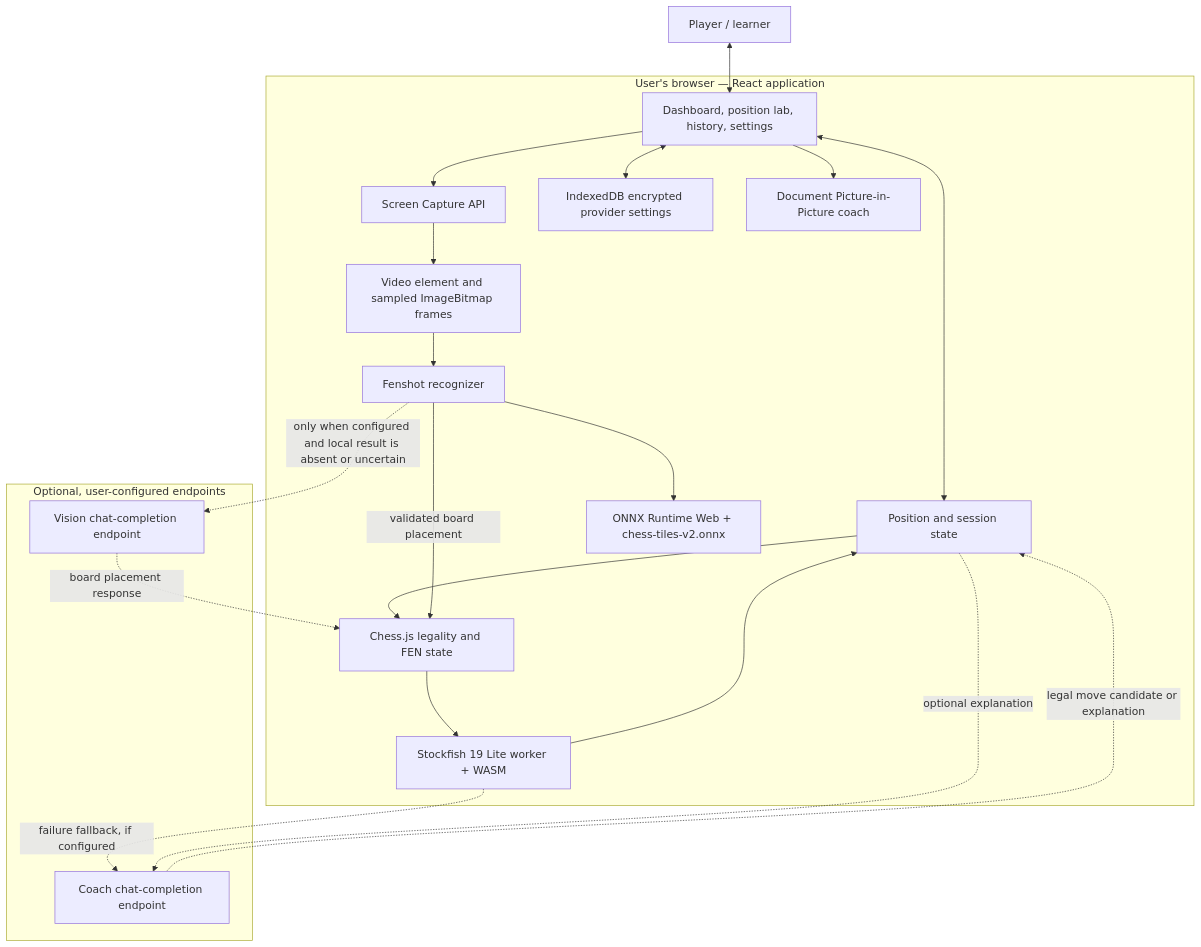
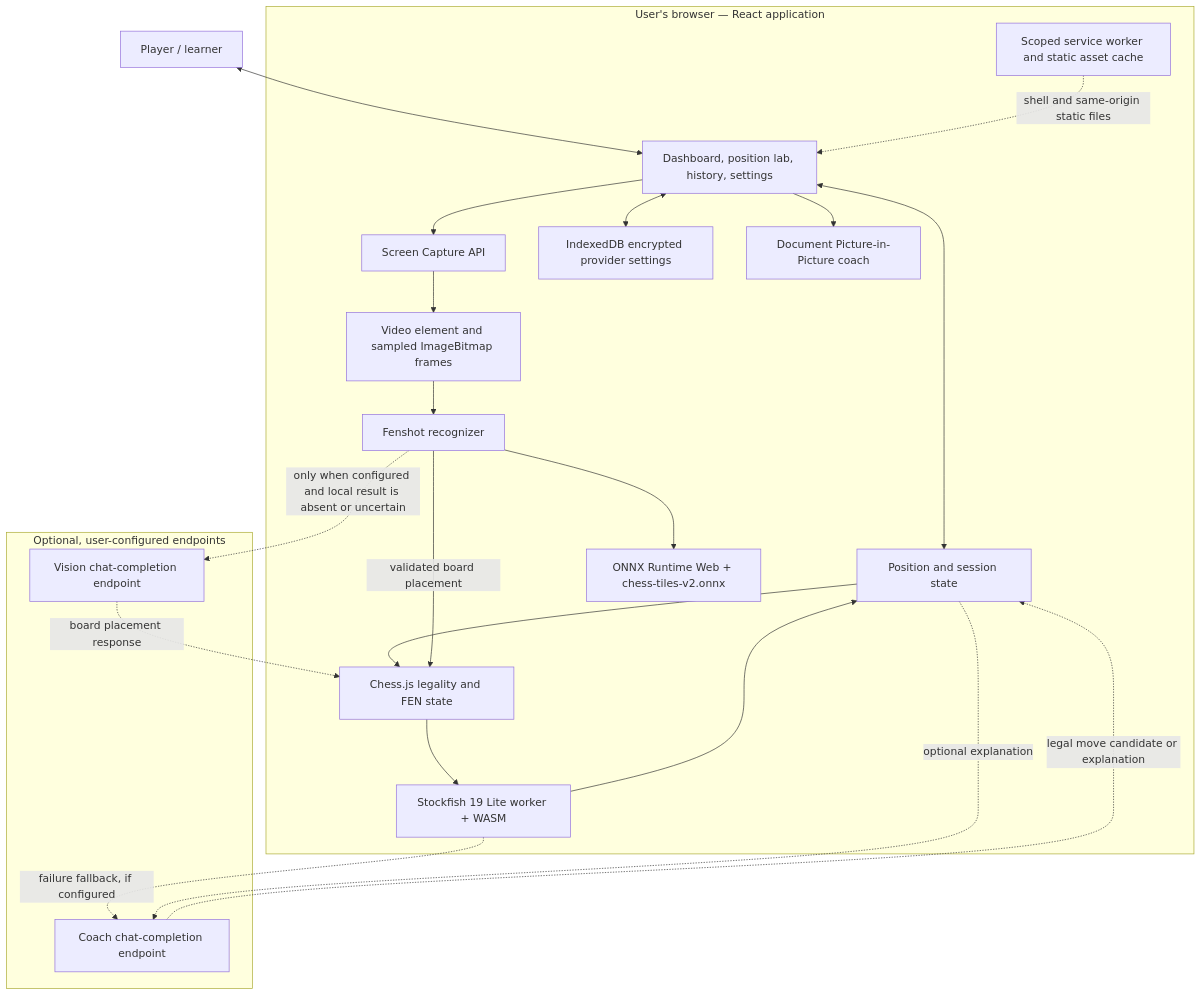
The first of 2 diagrams in docs/ARCHITECTURE.md (SanthoshkumarSampathkumar/chesspilot), drawn with Mermaid before and after one commit. The commit also changed other lines of this file and 8 other files, not shown here.

````diff
--- a/docs/ARCHITECTURE.md
+++ b/docs/ARCHITECTURE.md
@@ -7,34 +7,36 @@
 ```mermaid
 flowchart TB
   PERSON[Player / learner]
   subgraph BROWSER[User's browser — React application]
     VIEW[Dashboard, position lab, history, settings]
     STATE[Position and session state]
     RULES[Chess.js legality and FEN state]
     CAP[Screen Capture API]
     VIDEO[Video element and sampled ImageBitmap frames]
     LOCALREC[Fenshot recognizer]
     ONNX[ONNX Runtime Web + chess-tiles-v2.onnx]
     ENGINE[Stockfish 19 Lite worker + WASM]
     VAULT[IndexedDB encrypted provider settings]
     PIP[Document Picture-in-Picture coach]
+    SW[Scoped service worker and static asset cache]
   end
   subgraph EXTERNAL[Optional, user-configured endpoints]
     VISION[Vision chat-completion endpoint]
     COACH[Coach chat-completion endpoint]
   end
   PERSON <--> VIEW
   VIEW <--> STATE
   STATE --> RULES
   RULES --> ENGINE
   ENGINE --> STATE
   VIEW --> CAP --> VIDEO --> LOCALREC --> ONNX
   LOCALREC -->|validated board placement| RULES
   LOCALREC -. only when configured and local result is absent or uncertain .-> VISION
   VISION -. board placement response .-> RULES
   ENGINE -. failure fallback, if configured .-> COACH
   STATE -. optional explanation .-> COACH
   COACH -. legal move candidate or explanation .-> STATE
   VIEW <--> VAULT
   VIEW --> PIP
+  SW -. shell and same-origin static files .-> VIEW
 ```
````
